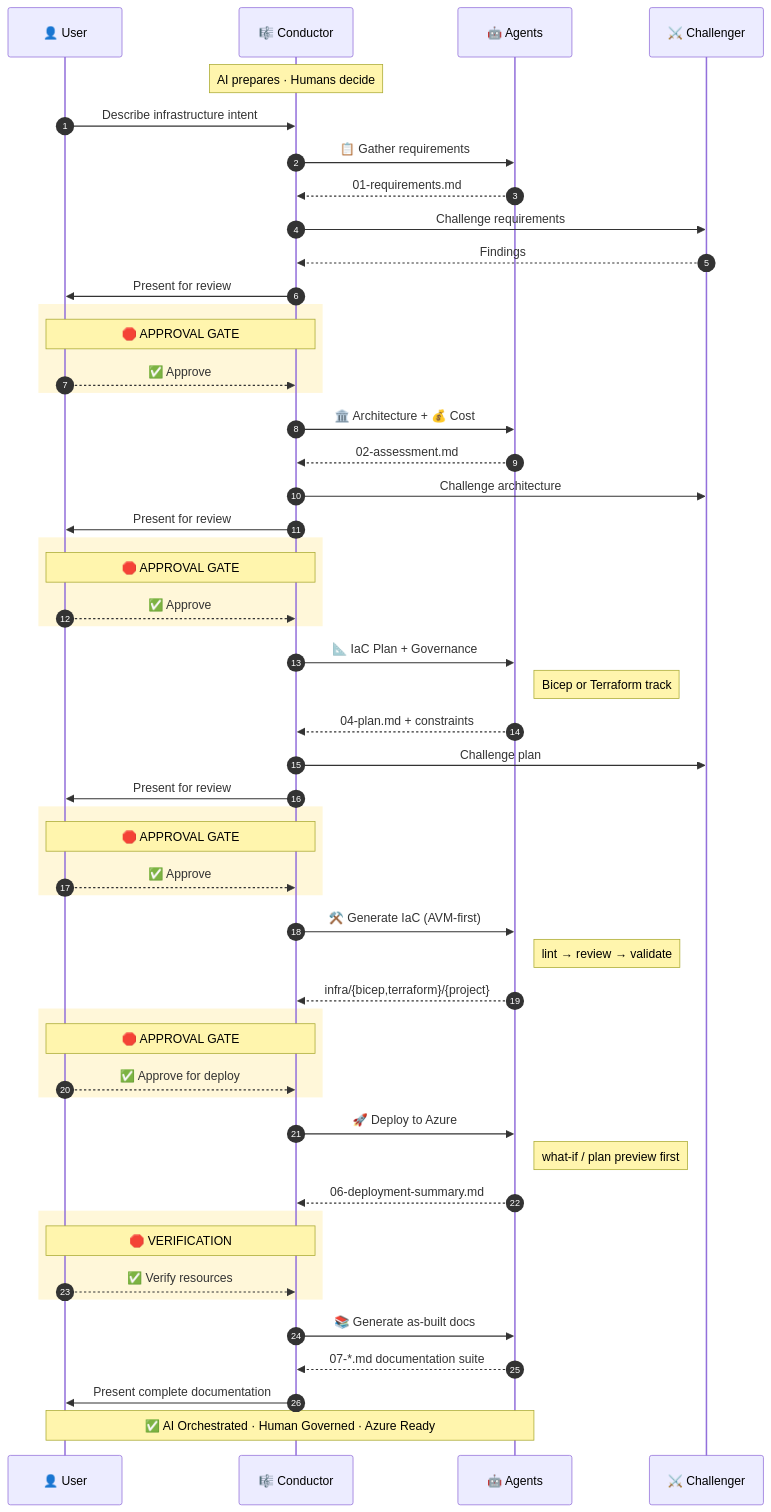
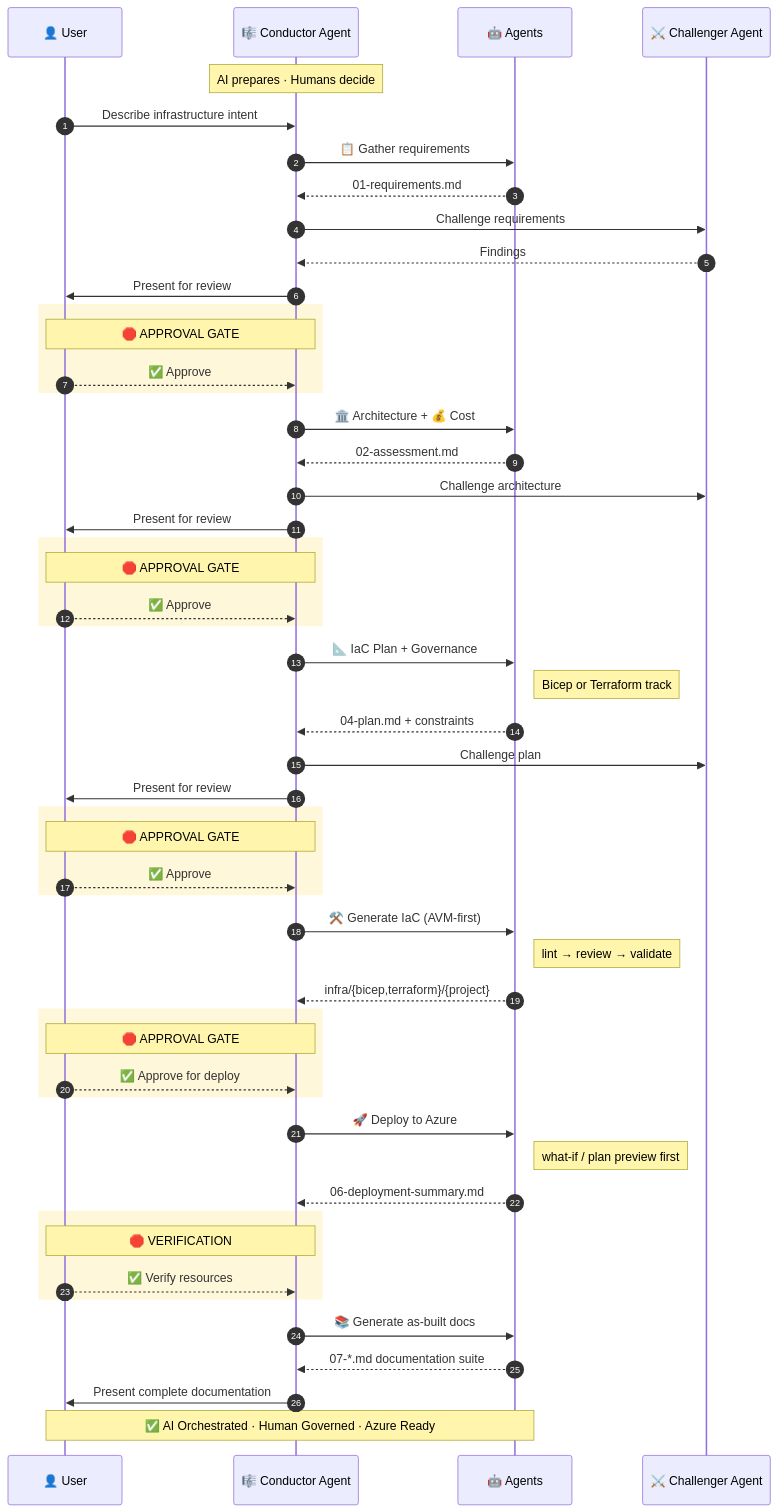
One commit to jungho/azure-agentic-infraops changed the diagram in docs/index.md. Above: the diagram before and after it, drawn with Mermaid. The commit also changed other lines of this file and 15 other files, not shown here.

````diff
--- a/docs/index.md
+++ b/docs/index.md
@@ -18,67 +18,67 @@
 ```mermaid
 sequenceDiagram
     autonumber
     participant U as 👤 User
-    participant C as 🎼 Conductor
+    participant C as 🎼 Conductor Agent
     participant Agents as 🤖 Agents
-    participant X as ⚔️ Challenger
+    participant X as ⚔️ Challenger Agent
 
     Note over C: AI prepares · Humans decide
 
     U->>C: Describe infrastructure intent
     C->>Agents: 📋 Gather requirements
     Agents-->>C: 01-requirements.md
     C->>X: Challenge requirements
     X-->>C: Findings
     C->>U: Present for review
 
     rect rgba(255, 200, 0, 0.15)
     Note over U,C: 🛑 APPROVAL GATE
     U-->>C: ✅ Approve
     end
 
     C->>Agents: 🏛️ Architecture + 💰 Cost
     Agents-->>C: 02-assessment.md
     C->>X: Challenge architecture
     C->>U: Present for review
 
     rect rgba(255, 200, 0, 0.15)
     Note over U,C: 🛑 APPROVAL GATE
     U-->>C: ✅ Approve
     end
 
     C->>Agents: 📐 IaC Plan + Governance
     Note right of Agents: Bicep or Terraform track
     Agents-->>C: 04-plan.md + constraints
     C->>X: Challenge plan
     C->>U: Present for review
 
     rect rgba(255, 200, 0, 0.15)
     Note over U,C: 🛑 APPROVAL GATE
     U-->>C: ✅ Approve
     end
 
     C->>Agents: ⚒️ Generate IaC (AVM-first)
     Note right of Agents: lint → review → validate
     Agents-->>C: infra/{bicep,terraform}/{project}
 
     rect rgba(255, 200, 0, 0.15)
     Note over U,C: 🛑 APPROVAL GATE
     U-->>C: ✅ Approve for deploy
     end
 
     C->>Agents: 🚀 Deploy to Azure
     Note right of Agents: what-if / plan preview first
     Agents-->>C: 06-deployment-summary.md
 
     rect rgba(255, 200, 0, 0.15)
     Note over U,C: 🛑 VERIFICATION
     U-->>C: ✅ Verify resources
     end
 
     C->>Agents: 📚 Generate as-built docs
     Agents-->>C: 07-*.md documentation suite
     C->>U: Present complete documentation
 
     Note over U,Agents: ✅ AI Orchestrated · Human Governed · Azure Ready
 ```
````
